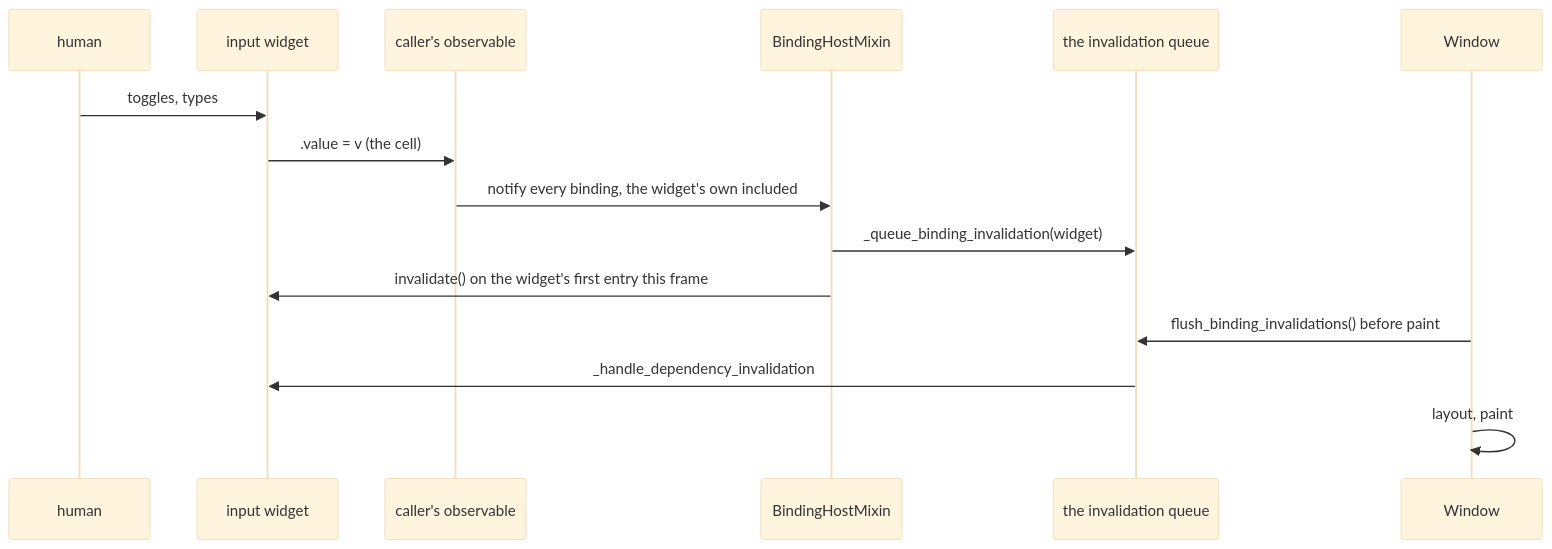
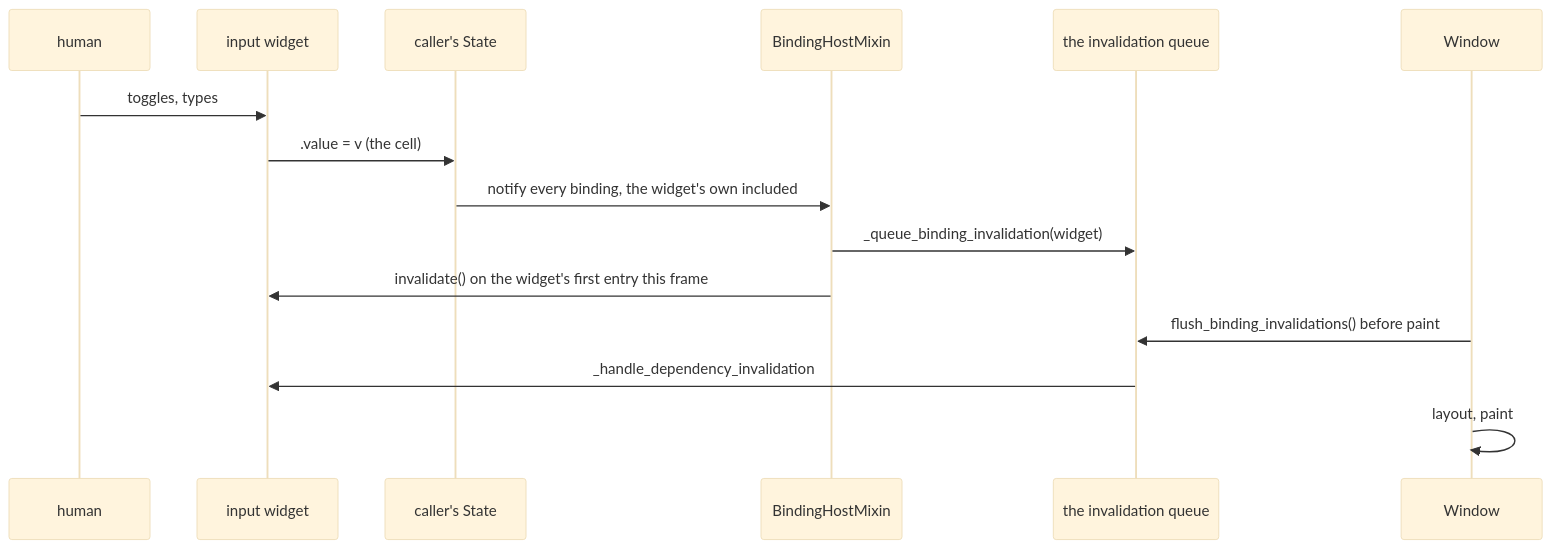
The eighth of 8 diagrams in docs/design/OBSERVABLE.md (yuksblog/nuiitivet), drawn with Mermaid (base theme) before and after one commit. The commit also changed other lines of this file and 77 other files, not shown here.

````diff
--- a/docs/design/OBSERVABLE.md
+++ b/docs/design/OBSERVABLE.md
@@ -312,18 +312,18 @@
 ```mermaid
 sequenceDiagram
     participant H as human
     participant Wd as input widget
-    participant O as caller's observable
+    participant O as caller's State
     participant Host as BindingHostMixin
     participant Q as the invalidation queue
     participant Win as Window
 
     H->>Wd: toggles, types
     Wd->>O: .value = v (the cell)
     O->>Host: notify every binding, the widget's own included
     Host->>Q: _queue_binding_invalidation(widget)
     Host->>Wd: invalidate() on the widget's first entry this frame
     Win->>Q: flush_binding_invalidations() before paint
     Q->>Wd: _handle_dependency_invalidation
     Win->>Win: layout, paint
 ```
````
